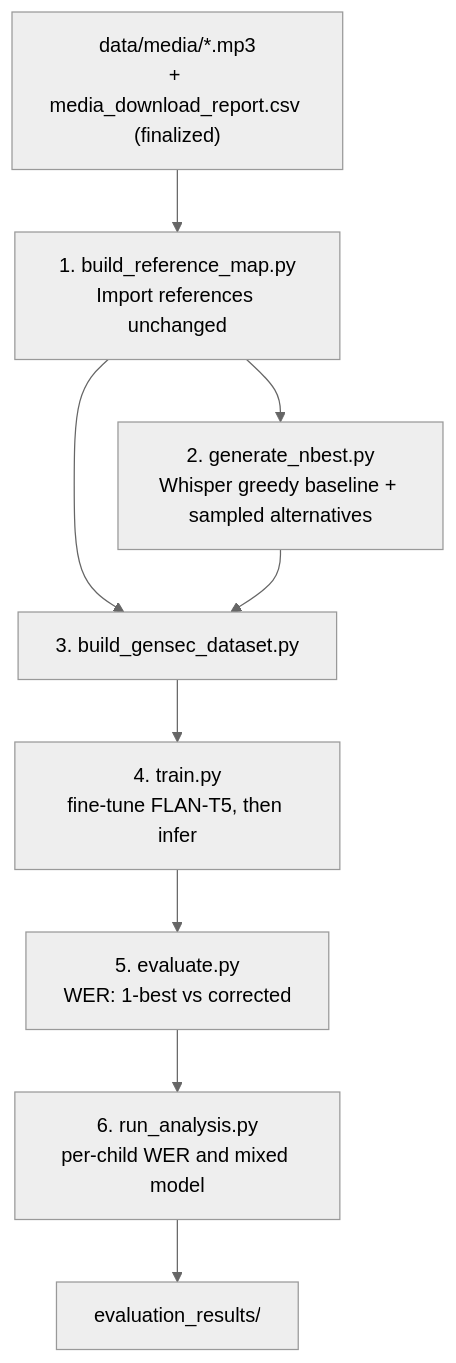
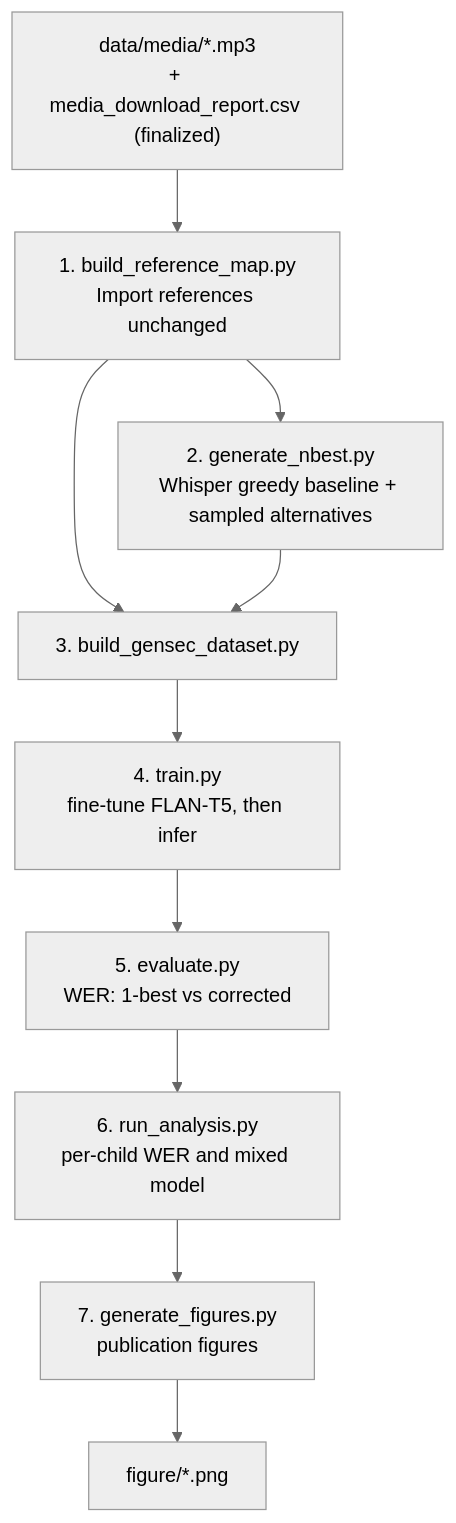
One commit to girwandhakal/gensec-asr changed the diagram in README.md. Above: the diagram before and after it, drawn with Mermaid (neutral theme). The commit also changed other lines of this file and 20 other files, not shown here.

````diff
--- a/README.md
+++ b/README.md
@@ -53,11 +61,12 @@
 ```mermaid
 flowchart TD
     A["data/media/*.mp3<br/>+ media_download_report.csv (finalized)"] --> B[1. build_reference_map.py<br/>Import references unchanged]
     B --> C[2. generate_nbest.py<br/>Whisper greedy baseline + sampled alternatives]
     B --> D[3. build_gensec_dataset.py]
     C --> D
     D --> E[4. train.py<br/>fine-tune FLAN-T5, then infer]
     E --> F[5. evaluate.py<br/>WER: 1-best vs corrected]
     F --> G[6. run_analysis.py<br/>per-child WER and mixed model]
-    G --> H[evaluation_results/]
+    G --> H[7. generate_figures.py<br/>publication figures]
+    H --> I[figure/*.png]
 ```
````
